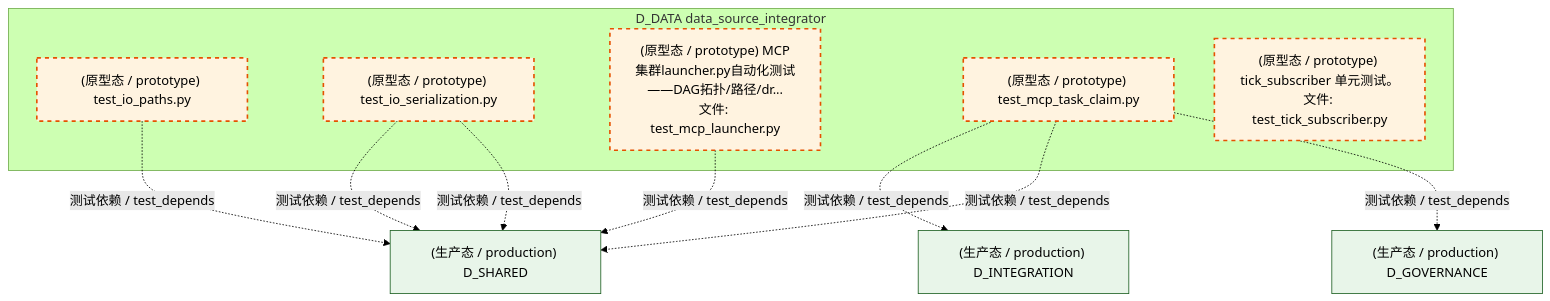
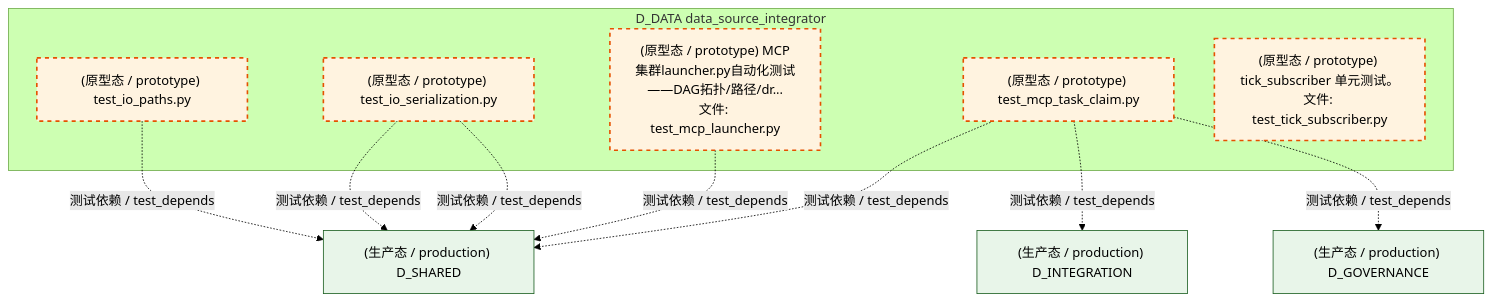
Before and after one commit to xuanFelixVan/ZephyrAlpha: the third of 6 diagrams in docs/02_enterprise_architecture/02_domain_architecture_docs/61_d_data.md, drawn with Mermaid (forest theme). The commit also changed other lines of this file and 126 other files, not shown here.

````diff
--- a/docs/02_enterprise_architecture/02_domain_architecture_docs/61_d_data.md
+++ b/docs/02_enterprise_architecture/02_domain_architecture_docs/61_d_data.md
@@ -311,26 +311,26 @@
 ```mermaid
 graph TD
     subgraph D_DATA["D_DATA data_source_integrator"]
         tests_io_test_io_paths_py["(原型态 / prototype) test_io_paths.py"]
         tests_io_test_io_serialization_py["(原型态 / prototype) test_io_serialization.py"]
         tests_io_test_mcp_launcher_py["(原型态 / prototype) MCP集群launcher.py自动化测试——DAG拓扑/路径/dr...<br/>文件: test_mcp_launcher.py"]
         tests_io_test_mcp_task_claim_py["(原型态 / prototype) test_mcp_task_claim.py"]
         tests_zephyr_data_test_tick_subscriber_py["(原型态 / prototype) tick_subscriber 单元测试。<br/>文件: test_tick_subscriber.py"]
     end
-    D_INTEGRATION["(生产态 / production) D_INTEGRATION"]
-    tests_io_test_mcp_task_claim_py -.->|测试依赖 / test_depends| D_INTEGRATION
     D_SHARED["(生产态 / production) D_SHARED"]
     tests_io_test_io_serialization_py -.->|测试依赖 / test_depends| D_SHARED
     tests_io_test_mcp_task_claim_py -.->|测试依赖 / test_depends| D_SHARED
+    D_INTEGRATION["(生产态 / production) D_INTEGRATION"]
+    tests_io_test_mcp_task_claim_py -.->|测试依赖 / test_depends| D_INTEGRATION
+    tests_io_test_mcp_launcher_py -.->|测试依赖 / test_depends| D_SHARED
     tests_io_test_io_serialization_py -.->|测试依赖 / test_depends| D_SHARED
     D_GOVERNANCE["(生产态 / production) D_GOVERNANCE"]
     tests_io_test_mcp_task_claim_py -.->|测试依赖 / test_depends| D_GOVERNANCE
-    tests_io_test_mcp_launcher_py -.->|测试依赖 / test_depends| D_SHARED
     tests_io_test_io_paths_py -.->|测试依赖 / test_depends| D_SHARED
     classDef production fill:#e1f5fe,stroke:#01579b,stroke-width:2px,color:#000
     classDef design fill:#fff3e0,stroke:#e65100,stroke-width:2px,color:#000,stroke-dasharray: 5 5
     classDef external_prod fill:#e8f5e9,stroke:#1b5e20,stroke-width:1px,color:#000
     classDef external_design fill:#fce4ec,stroke:#880e4f,stroke-width:1px,color:#000,stroke-dasharray: 5 5
     class tests_io_test_io_paths_py,tests_io_test_io_serialization_py,tests_io_test_mcp_launcher_py,tests_io_test_mcp_task_claim_py,tests_zephyr_data_test_tick_subscriber_py design
-    class D_INTEGRATION,D_SHARED,D_GOVERNANCE external_prod
+    class D_SHARED,D_INTEGRATION,D_GOVERNANCE external_prod
 ```
````
